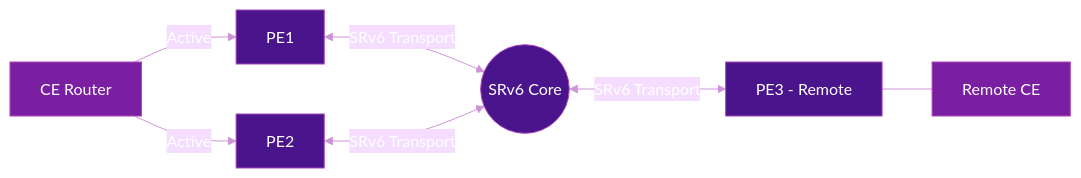
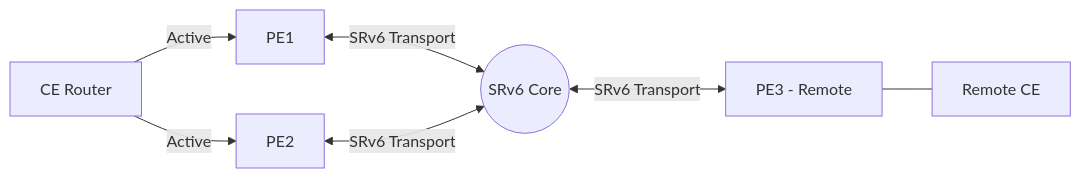
The diagram in docs/topics/evpn-multihoming.md (eldaninavas/srv6.md), drawn with Mermaid before and after one commit. The commit also changed 29 other files, not shown here.

First line of the commit message:
fix(mermaid): apply theme-aware colors site-wide

````diff
--- a/docs/topics/evpn-multihoming.md
+++ b/docs/topics/evpn-multihoming.md
@@ -23,17 +23,9 @@
 ```mermaid
-%%{init: {"theme": "base", "themeVariables": {"primaryTextColor": "#fff", "lineColor": "#ce93d8", "textColor": "#fff"}}}%%
 graph LR
     CE[CE Router] -->|Active| PE1[PE1]
     CE -->|Active| PE2[PE2]
     PE1 <-->|SRv6 Transport| CORE((SRv6 Core))
     PE2 <-->|SRv6 Transport| CORE
     CORE <-->|SRv6 Transport| PE3[PE3 - Remote]
     PE3 --- RCE[Remote CE]
-
-    style CE fill:#7b1fa2,color:#fff,stroke:#ab47bc
-    style PE1 fill:#4a148c,color:#fff,stroke:#ab47bc
-    style PE2 fill:#4a148c,color:#fff,stroke:#ab47bc
-    style PE3 fill:#4a148c,color:#fff,stroke:#ab47bc
-    style CORE fill:#4a148c,color:#fff,stroke:#ab47bc
-    style RCE fill:#7b1fa2,color:#fff,stroke:#ab47bc
 ```
````
